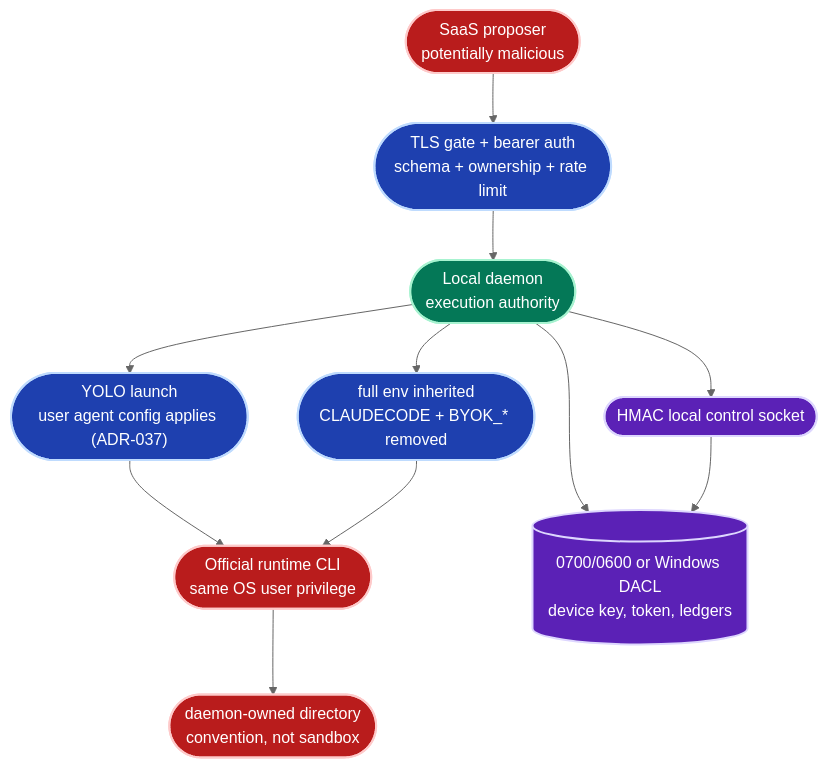
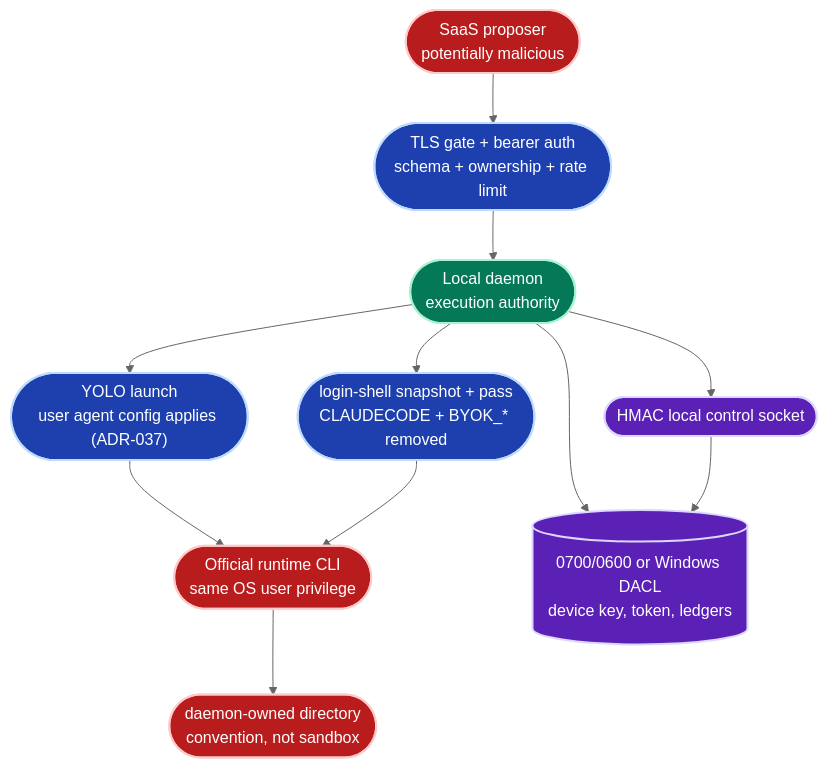
One commit to Ancienttwo/byok-sdk changed diagram 12 of 21 in docs/architecture/sdk-architecture.md. Above: the diagram before and after it, drawn with Mermaid (neutral theme). The commit also changed other lines of this file and 6 other files, not shown here.

Commit message:
docs: runtime environment policy, login-shell snapshot and fail-closed capture (#1095)

````diff
--- a/docs/architecture/sdk-architecture.md
+++ b/docs/architecture/sdk-architecture.md
@@ -938,25 +938,25 @@
 ```mermaid
 flowchart TB
   classDef trust fill:#047857,stroke:#a7f3d0,stroke-width:2px,color:#fff
   classDef untrusted fill:#b91c1c,stroke:#fecaca,stroke-width:2px,color:#fff
   classDef gate fill:#1e40af,stroke:#bfdbfe,stroke-width:2px,color:#fff
   classDef local fill:#5b21b6,stroke:#ddd6fe,stroke-width:2px,color:#fff
 
   SaaS(["SaaS proposer<br/>potentially malicious"]):::untrusted
   Wire(["TLS gate + bearer auth<br/>schema + ownership + rate limit"]):::gate
   Daemon(["Local daemon<br/>execution authority"]):::trust
   Policy(["YOLO launch<br/>user agent config applies (ADR-037)"]):::gate
   Runtime(["Official runtime CLI<br/>same OS user privilege"]):::untrusted
   Control(["HMAC local control socket"]):::local
   Store[("0700/0600 or Windows DACL<br/>device key, token, ledgers")]:::local
-  Env(["full env inherited<br/>CLAUDECODE + BYOK_* removed"]):::gate
+  Env(["login-shell snapshot + pass<br/>CLAUDECODE + BYOK_* removed"]):::gate
   Workspace(["daemon-owned directory<br/>convention, not sandbox"]):::untrusted
 
   SaaS --> Wire --> Daemon
   Daemon --> Policy --> Runtime
   Daemon --> Env --> Runtime
   Daemon --> Control
   Daemon --> Store
   Runtime --> Workspace
   Control --> Store
 ```
````
